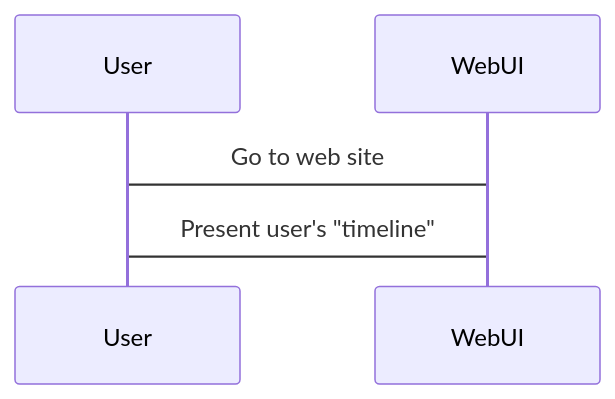
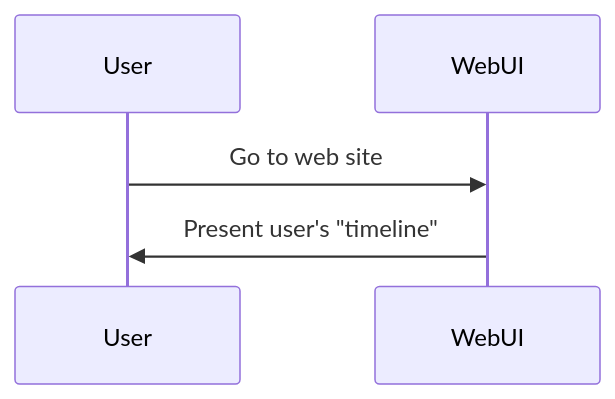
Before and after one commit to LiamBoz/ClapTrap: the diagram in Requirements.md, drawn with Mermaid.

Commit message:
sequence diagram for Create Post use case

````diff
--- a/Requirements.md
+++ b/Requirements.md
@@ -65,5 +65,5 @@
 ```mermaid
 sequenceDiagram
-  User->WebUI: Go to web site
-  WebUI->User: Present user's "timeline"
+  User->>WebUI: Go to web site
+  WebUI->>User: Present user's "timeline"
 ```
````
